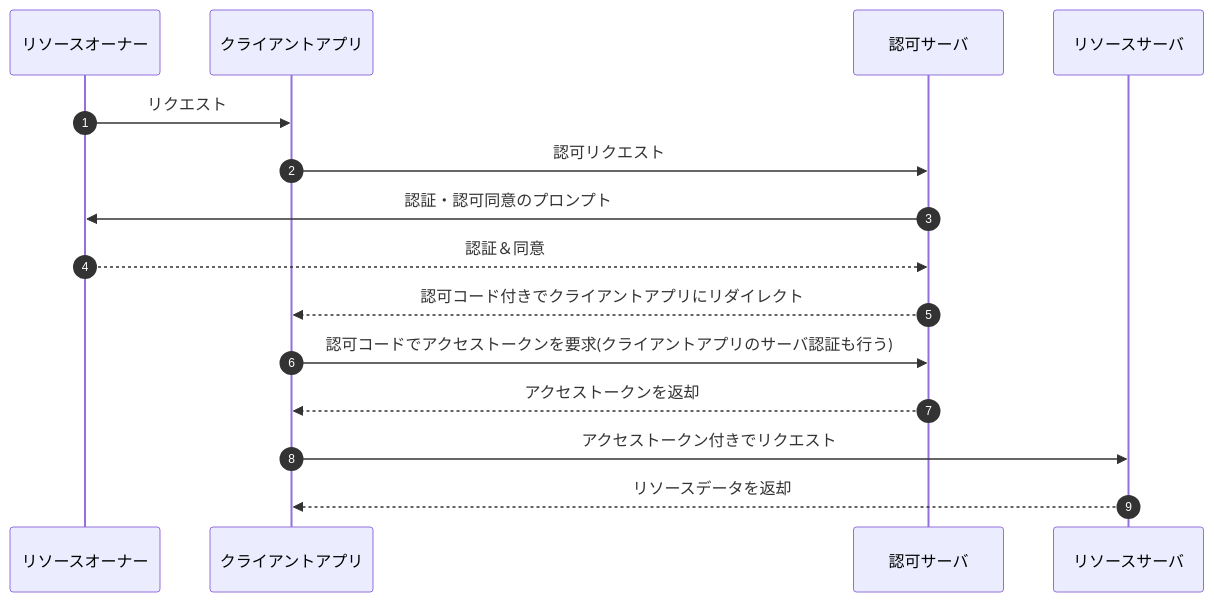
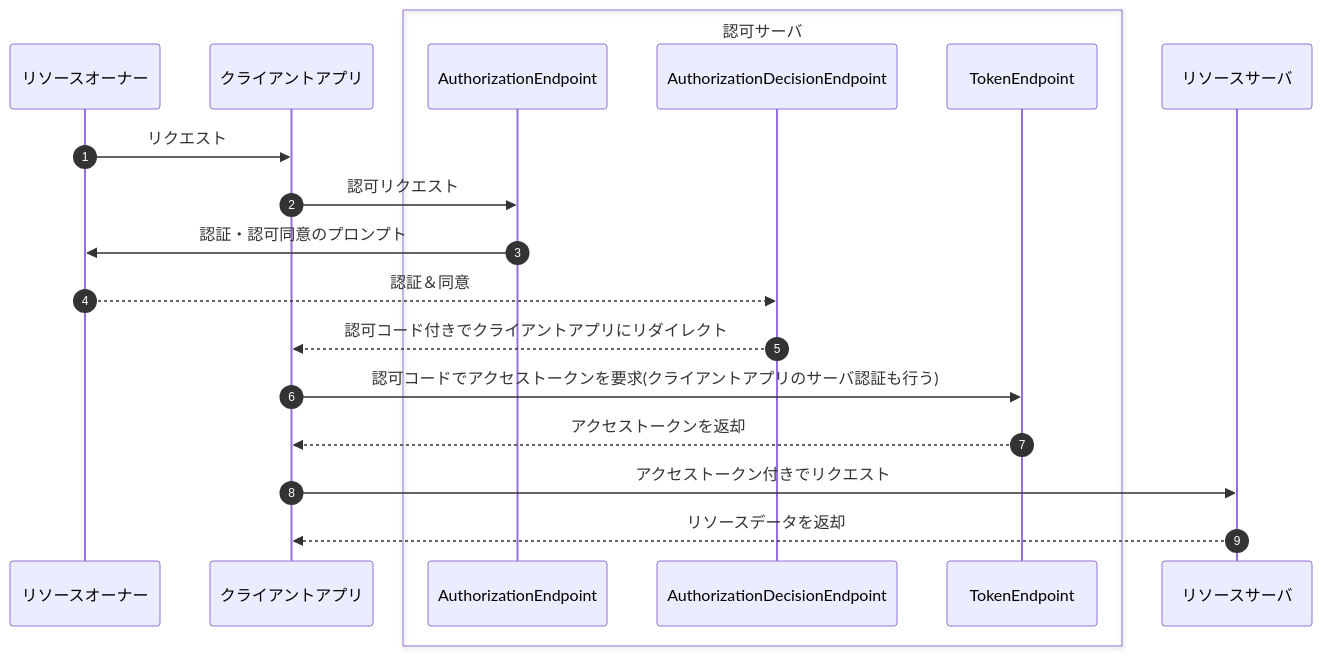
One commit to Showichiro/oauth-oidc-workshop changed the first of 9 diagrams in slides.md. Above: the diagram before and after it, drawn with Mermaid. The commit also changed other lines of this file and 4 other files, not shown here.

````diff
--- a/slides.md
+++ b/slides.md
@@ -146,19 +145,23 @@
-```mermaid {scale: 0.6}
+```mermaid {scale: 0.5}
 sequenceDiagram
     autonumber
     participant User as リソースオーナー
     participant Client as クライアントアプリ
-    participant AuthServer as 認可サーバ
+    box 認可サーバ
+      participant AuthorizationEndpoint
+      participant AuthorizationDecisionEndpoint
+      participant TokenEndpoint
+    end
     participant ResourceServer as リソースサーバ
 
     User->>Client: リクエスト
-    Client->>AuthServer: 認可リクエスト
-    AuthServer->>User: 認証・認可同意のプロンプト
-    User-->>AuthServer: 認証＆同意
-    AuthServer-->>Client: 認可コード付きでクライアントアプリにリダイレクト
-    Client->>AuthServer: 認可コードでアクセストークンを要求(クライアントアプリのサーバ認証も行う)
-    AuthServer-->>Client: アクセストークンを返却
+    Client->>AuthorizationEndpoint: 認可リクエスト
+    AuthorizationEndpoint->>User: 認証・認可同意のプロンプト
+    User-->>AuthorizationDecisionEndpoint: 認証＆同意
+    AuthorizationDecisionEndpoint-->>Client: 認可コード付きでクライアントアプリにリダイレクト
+    Client->>TokenEndpoint: 認可コードでアクセストークンを要求(クライアントアプリのサーバ認証も行う)
+    TokenEndpoint-->>Client: アクセストークンを返却
     Client->>ResourceServer: アクセストークン付きでリクエスト
     ResourceServer-->>Client: リソースデータを返却
 
 ```
````
